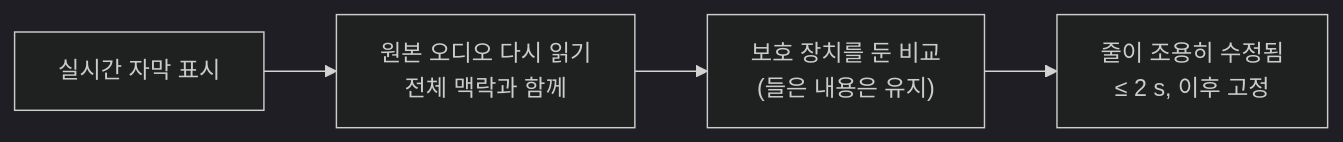
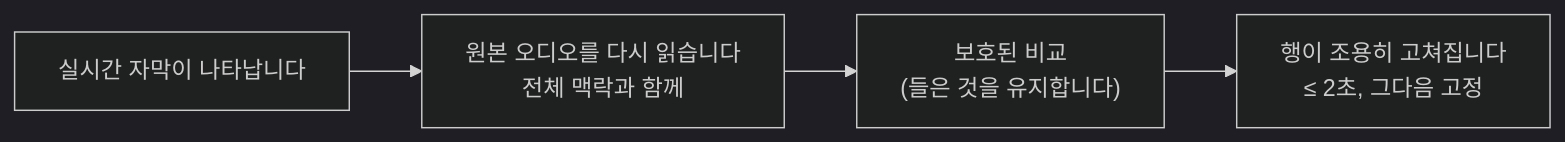
One commit to rpalm01-star/VigilantEarLegal changed the third of 4 diagrams in README_ko.md. Above: the diagram before and after it, drawn with Mermaid (dark theme). The commit also changed other lines of this file and 14 other files, not shown here.

````diff
--- a/README_ko.md
+++ b/README_ko.md
@@ -168,4 +187,4 @@
 ```mermaid
 graph LR
-    L["실시간 자막 표시"] --> K["원본 오디오 다시 읽기<br/>전체 맥락과 함께"] --> V["보호 장치를 둔 비교<br/>(들은 내용은 유지)"] --> W["줄이 조용히 수정됨<br/>≤ 2 s, 이후 고정"]
+    L["실시간 자막이 나타납니다"] --> K["원본 오디오를 다시 읽습니다<br/>전체 맥락과 함께"] --> V["보호된 비교<br/>(들은 것을 유지합니다)"] --> W["행이 조용히 고쳐집니다<br/>≤ 2초, 그다음 고정"]
 ```
````
